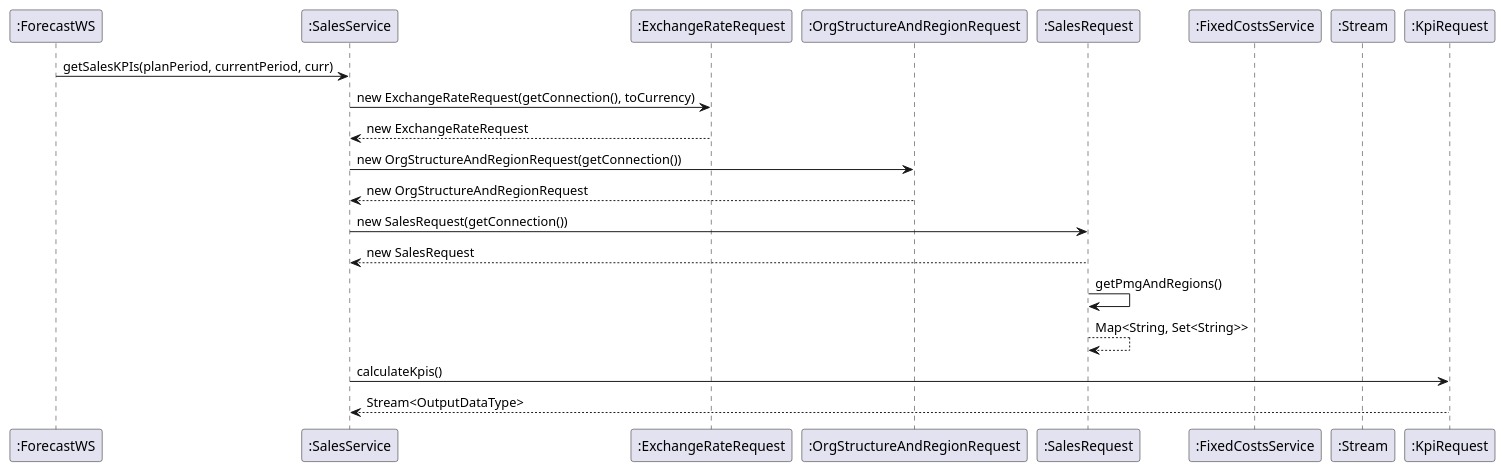
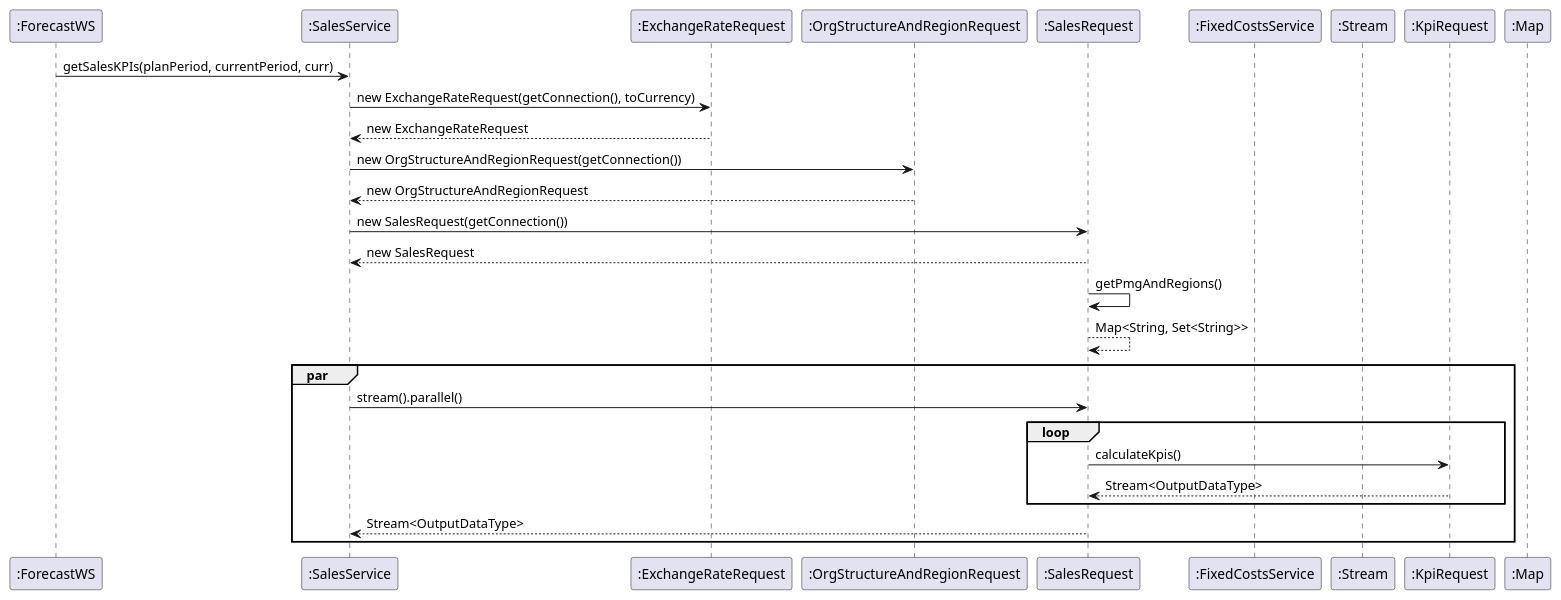
Before and after one commit to wagnst/forecast-cassandra: the diagram in diagrams/sequence/sequence_parallel_streams.puml, drawn with PlantUML.

Commit message:
updated classdiagramm

```diff
--- a/diagrams/sequence/sequence_parallel_streams.puml
+++ b/diagrams/sequence/sequence_parallel_streams.puml
@@ -1,35 +1,40 @@
 @startuml
 
 
 participant  ":ForecastWS"
 participant  ":SalesService"
 participant  ":ExchangeRateRequest"
 participant  ":OrgStructureAndRegionRequest"
 participant  ":SalesRequest"
 participant  ":FixedCostsService"
 participant  ":Stream"
 participant  ":KpiRequest"
-
+participant  ":Map"
 
 ":ForecastWS" -> ":SalesService" : getSalesKPIs(planPeriod, currentPeriod, curr)
 ":SalesService" -> ":ExchangeRateRequest" : new ExchangeRateRequest(getConnection(), toCurrency)
 ":ExchangeRateRequest" --> ":SalesService" : new ExchangeRateRequest
 ":SalesService" ->  ":OrgStructureAndRegionRequest" : new OrgStructureAndRegionRequest(getConnection())
 ":OrgStructureAndRegionRequest" --> ":SalesService" : new OrgStructureAndRegionRequest
 ":SalesService" ->  ":SalesRequest" : new SalesRequest(getConnection())
 ":SalesRequest" --> ":SalesService" : new SalesRequest
 ":SalesRequest" -> ":SalesRequest" : getPmgAndRegions()
 ":SalesRequest" --> ":SalesRequest" : Map<String, Set<String>>
-":SalesService" -> ":KpiRequest" : calculateKpis()
-":KpiRequest"  --> ":SalesService" : Stream<OutputDataType>
-
+par
+    ":SalesService" -> ":SalesRequest": stream().parallel()
+    loop
+        ":SalesRequest" -> ":KpiRequest" : calculateKpis()
+        ":KpiRequest"  --> ":SalesRequest" : Stream<OutputDataType>
+    end
+    ":SalesRequest" --> ":SalesService" : Stream<OutputDataType>
+end
 
 
 
 
 
 
 
 
 
 @enduml
```
